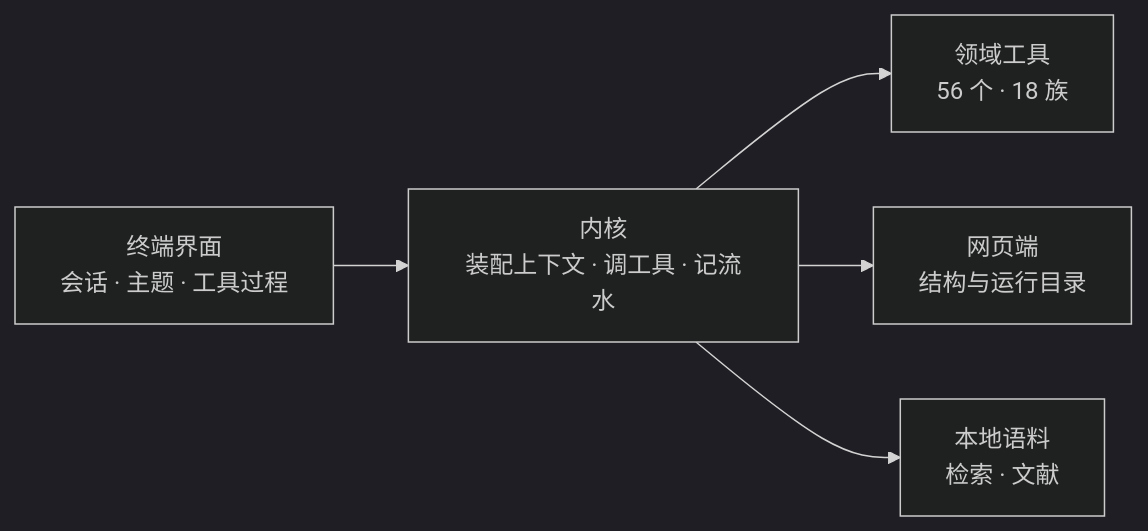
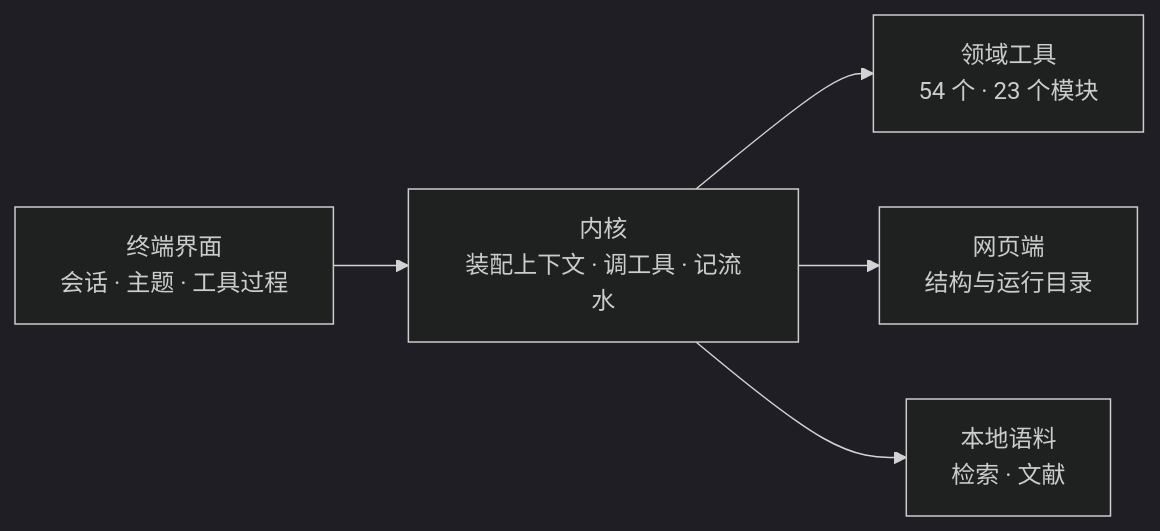
Before and after one commit to zhenqiangZ/VSAgent: the diagram in README.md, drawn with Mermaid (dark theme). The commit also changed other lines of this file and 15 other files, not shown here.

````diff
--- a/README.md
+++ b/README.md
@@ -9,7 +9,7 @@
 ```mermaid
 graph LR
   T["终端界面<br/>会话 · 主题 · 工具过程"] --> K["内核<br/>装配上下文 · 调工具 · 记流水"]
-  K --> D["领域工具<br/>56 个 · 18 族"]
+  K --> D["领域工具<br/>54 个 · 23 个模块"]
   K --> W["网页端<br/>结构与运行目录"]
   K --> C["本地语料<br/>检索 · 文献"]
 ```
````
